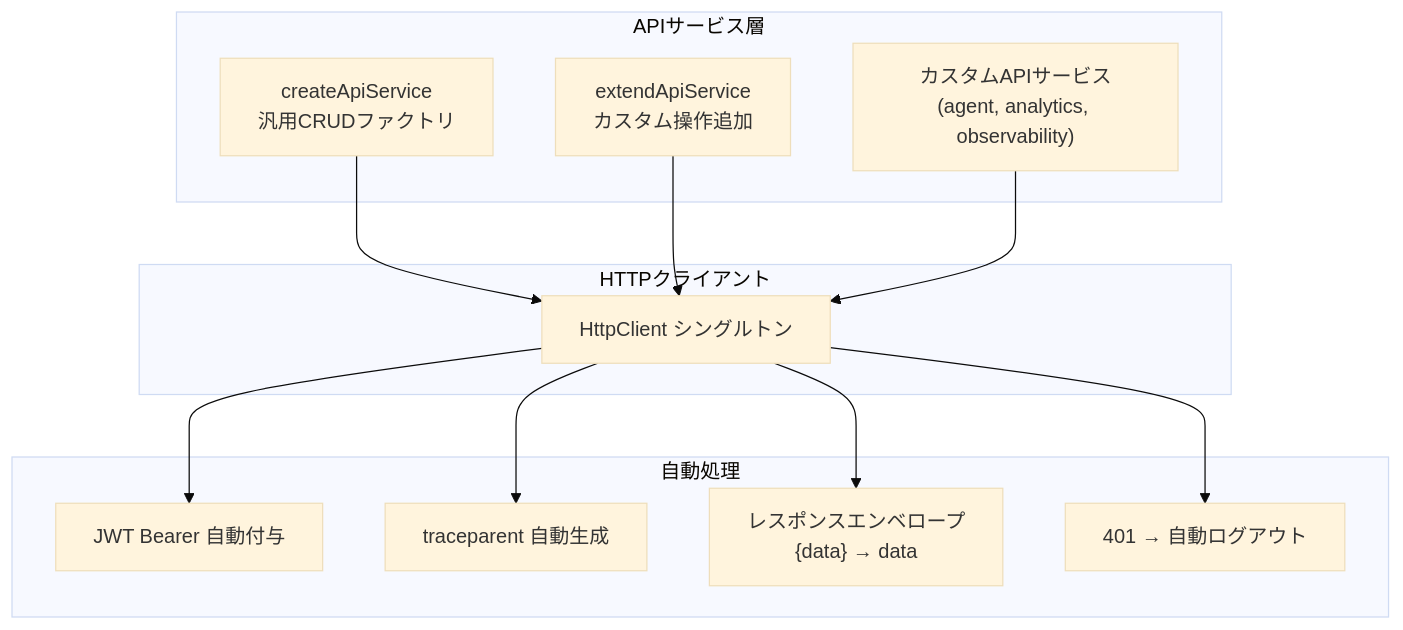
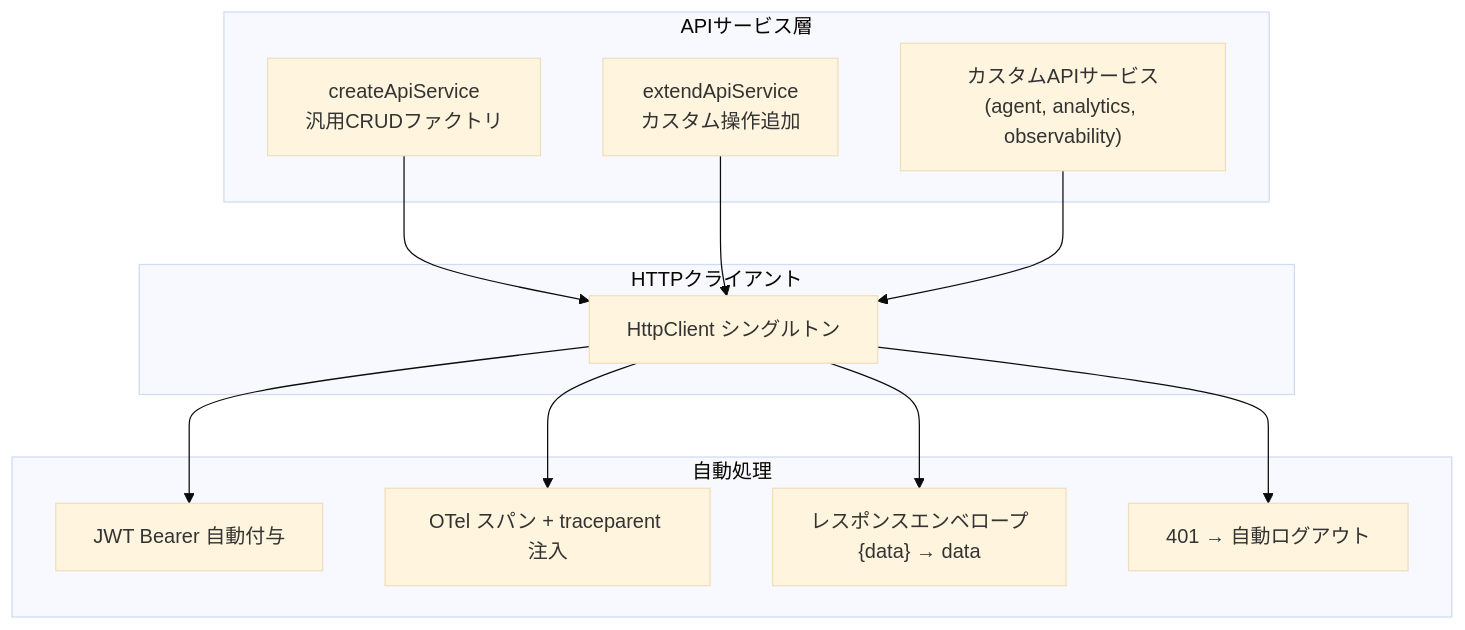
The sixth of 12 diagrams in src/ARCHITECTURE.md (yu-min3/kensan), drawn with Mermaid (base theme) before and after one commit. The commit also changed other lines of this file and 172 other files, not shown here.

````diff
--- a/src/ARCHITECTURE.md
+++ b/src/ARCHITECTURE.md
@@ -308,27 +313,27 @@
 ```mermaid
 graph TB
     subgraph "APIサービス層"
         Factory["createApiService<br/>汎用CRUDファクトリ"]
         Extend["extendApiService<br/>カスタム操作追加"]
         Custom["カスタムAPIサービス<br/>(agent, analytics, observability)"]
     end
 
     subgraph "HTTPクライアント"
         Client["HttpClient シングルトン"]
     end
 
     subgraph "自動処理"
         JWT["JWT Bearer 自動付与"]
-        Trace["traceparent 自動生成"]
+        Trace["OTel スパン + traceparent 注入"]
         Unwrap["レスポンスエンベロープ<br/>{data} → data"]
         Auth401["401 → 自動ログアウト"]
     end
 
     Factory --> Client
     Extend --> Client
     Custom --> Client
     Client --> JWT
     Client --> Trace
     Client --> Unwrap
     Client --> Auth401
 ```
````
